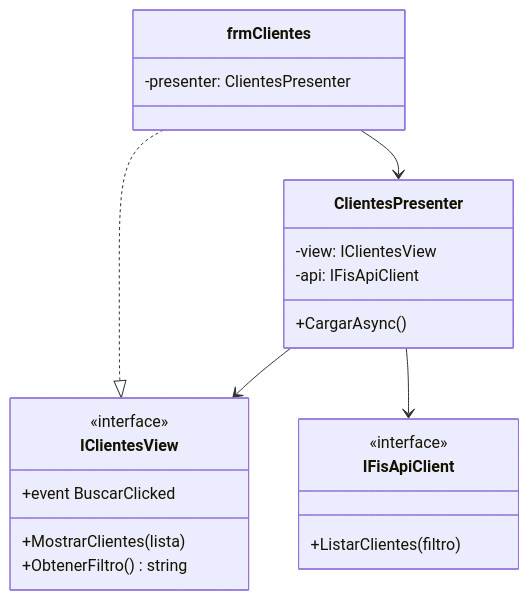
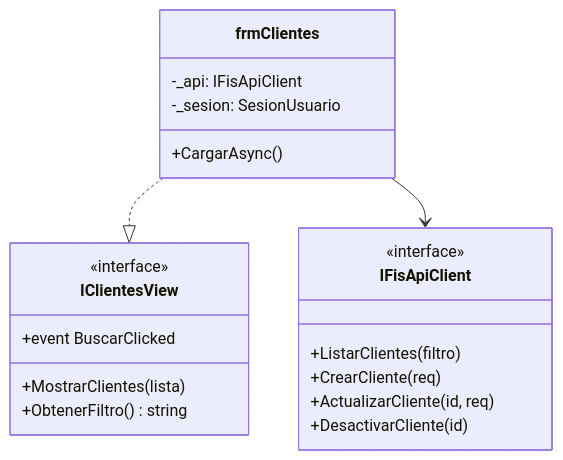
One commit to claudiosddevs/adrian changed the second of 3 diagrams in docs/04-desktop/README.md. Above: the diagram before and after it, drawn with Mermaid. The commit also changed other lines of this file and 5 other files, not shown here.

````diff
--- a/docs/04-desktop/README.md
+++ b/docs/04-desktop/README.md
@@ -67,29 +114,26 @@
 ```mermaid
 classDiagram
     class IClientesView {
         <<interface>>
         +MostrarClientes(lista)
         +ObtenerFiltro() string
         +event BuscarClicked
     }
 
     class frmClientes {
-        -presenter: ClientesPresenter
-    }
-
-    class ClientesPresenter {
-        -view: IClientesView
-        -api: IFisApiClient
+        -_api: IFisApiClient
+        -_sesion: SesionUsuario
         +CargarAsync()
     }
 
     class IFisApiClient {
         <<interface>>
         +ListarClientes(filtro)
+        +CrearCliente(req)
+        +ActualizarCliente(id, req)
+        +DesactivarCliente(id)
     }
 
     frmClientes ..|> IClientesView
-    frmClientes --> ClientesPresenter
-    ClientesPresenter --> IClientesView
-    ClientesPresenter --> IFisApiClient
+    frmClientes --> IFisApiClient
 ```
````
